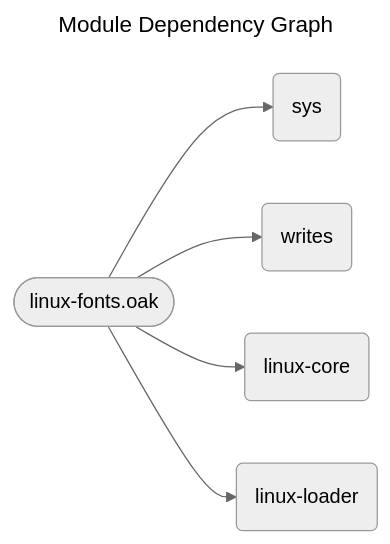
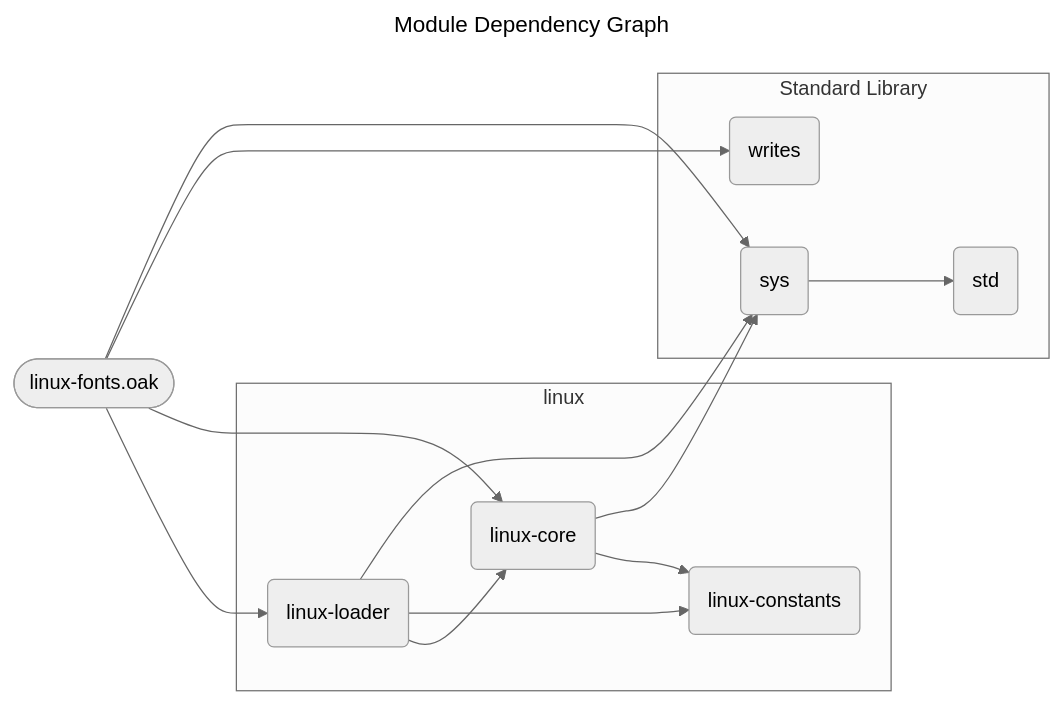
The diagram in docs/spec/linux-fonts.mmd (SpcFORK/magnolia), drawn with Mermaid (neutral theme) before and after one commit. The commit also changed 176 other files, not shown here.

First line of the commit message:
Enhance module dependency graphs and improve rendering logic

```diff
--- a/docs/spec/linux-fonts.mmd
+++ b/docs/spec/linux-fonts.mmd
@@ -1,13 +1,25 @@
 ---
 title: Module Dependency Graph
 ---
 flowchart LR
     lib_linux_fonts_oak(["linux-fonts.oak"])
-    sys("sys")
-    writes("writes")
-    linux_core("linux-core")
-    linux_loader("linux-loader")
+    linux_core --> sys
+    linux_core --> linux_constants
+    linux_loader --> sys
+    linux_loader --> linux_constants
+    linux_loader --> linux_core
     lib_linux_fonts_oak --> sys
     lib_linux_fonts_oak --> writes
     lib_linux_fonts_oak --> linux_core
     lib_linux_fonts_oak --> linux_loader
+    sys --> std
+    subgraph stdlib_linux ["linux"]
+        linux_core("linux-core")
+        linux_constants("linux-constants")
+        linux_loader("linux-loader")
+    end
+    subgraph stdlib_core ["Standard Library"]
+        sys("sys")
+        std("std")
+        writes("writes")
+    end
```
